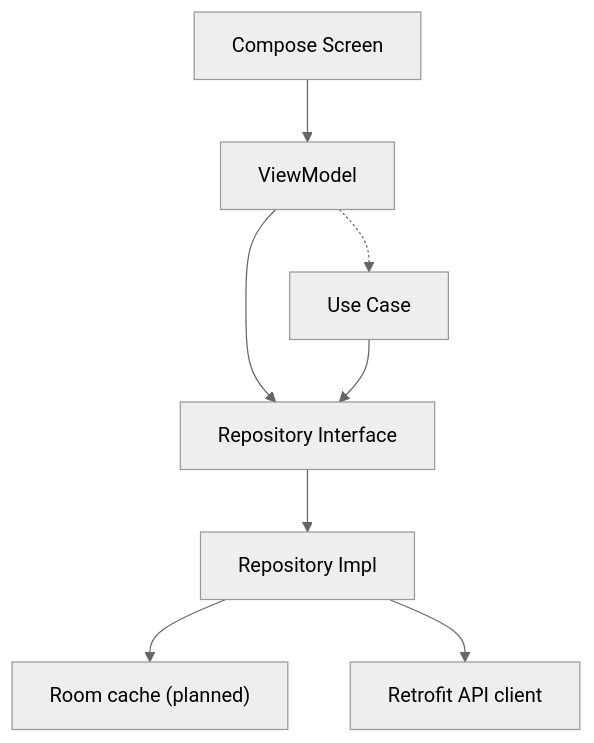
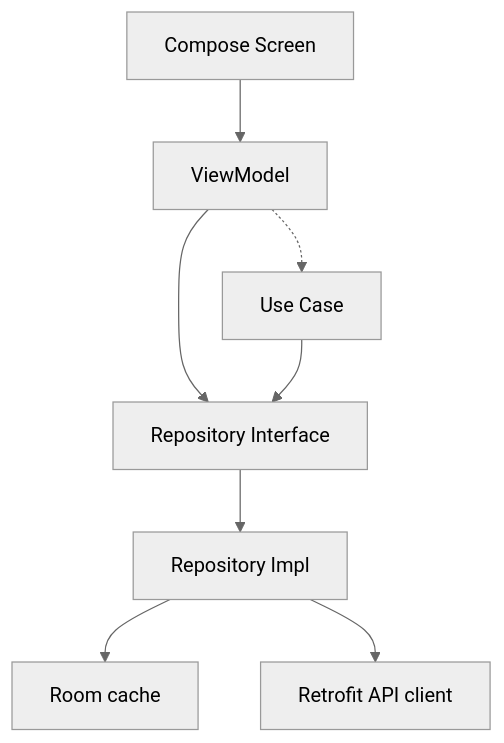
The third of 6 diagrams in docs/system-architecture.md (dthuy62/jobflow), drawn with Mermaid (neutral theme) before and after one commit. The commit also changed other lines of this file and 7 other files, not shown here.

````diff
--- a/docs/system-architecture.md
+++ b/docs/system-architecture.md
@@ -74,18 +74,18 @@
 ```mermaid
 flowchart TD
   Screen["Compose Screen"]
   VM["ViewModel"]
   UseCase["Use Case"]
   Repo["Repository Interface"]
   RepoImpl["Repository Impl"]
-  Local["Room cache (planned)"]
+  Local["Room cache"]
   Remote["Retrofit API client"]
 
   Screen --> VM
   VM --> Repo
   VM -.-> UseCase
   UseCase --> Repo
   Repo --> RepoImpl
   RepoImpl --> Local
   RepoImpl --> Remote
 ```
````
